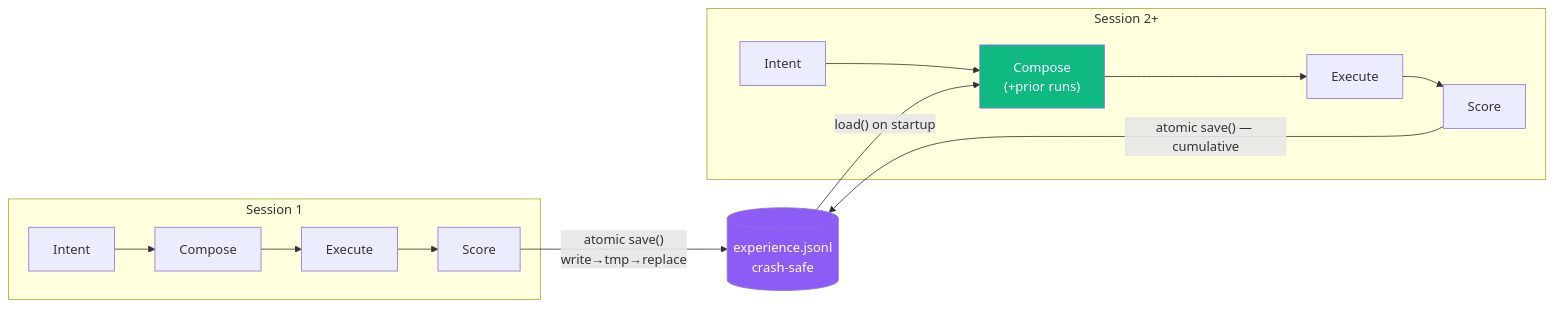
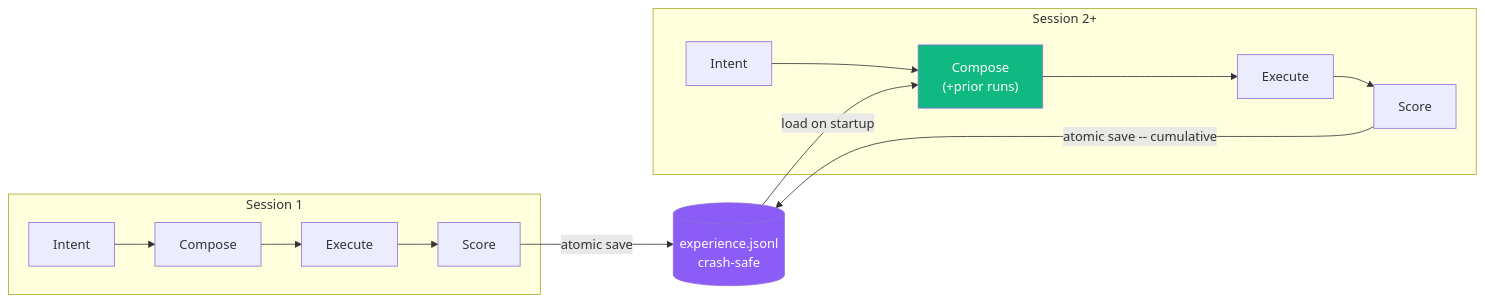
The seventh of 17 diagrams in README.md (JosephOIbrahim/Comfy-Cozy), drawn with Mermaid before and after one commit. The commit also changed other lines of this file, not shown here.

First line of the commit message:
docs: ADHD-friendly README — symlink install, scannable steps, updated diagrams

````diff
--- a/README.md
+++ b/README.md
@@ -399,15 +450,15 @@
 ```mermaid
 graph LR
     subgraph Session1 ["Session 1"]
         I1["Intent"] --> C1["Compose"] --> E1["Execute"] --> S1["Score"]
     end
     subgraph Session2 ["Session 2+"]
-        I2["Intent"] --> C2["Compose\n(+prior runs)"] --> E2["Execute"] --> S2["Score"]
+        I2["Intent"] --> C2["Compose<br/>(+prior runs)"] --> E2["Execute"] --> S2["Score"]
     end
-    S1 -->|"atomic save()\nwrite→tmp→replace"| JSONL[("experience.jsonl\ncrash-safe")]
-    JSONL -->|"load() on startup"| C2
-    S2 -->|"atomic save() — cumulative"| JSONL
+    S1 -->|"atomic save"| JSONL[("experience.jsonl<br/>crash-safe")]
+    JSONL -->|"load on startup"| C2
+    S2 -->|"atomic save -- cumulative"| JSONL
 
     style JSONL fill:#8b5cf6,color:#fff
     style C2 fill:#10b981,color:#fff
 ```
````
